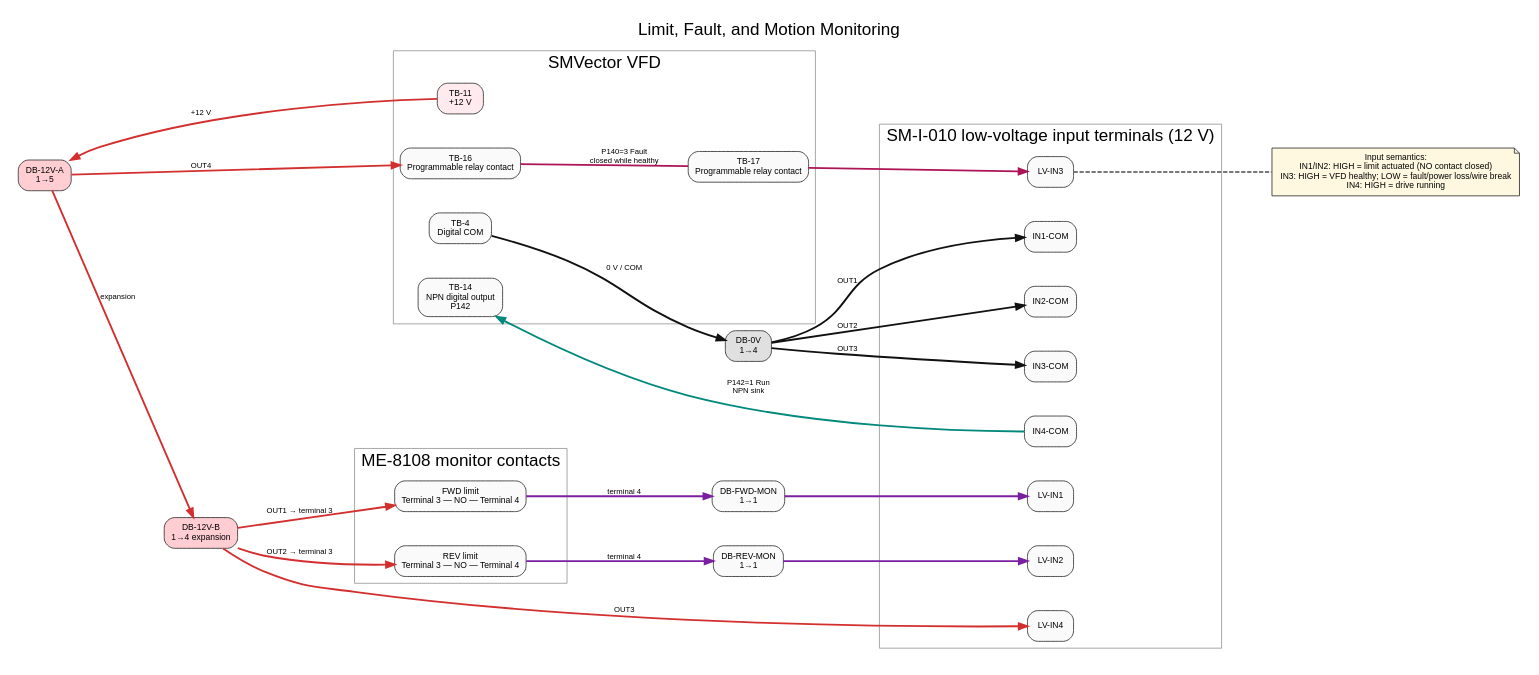
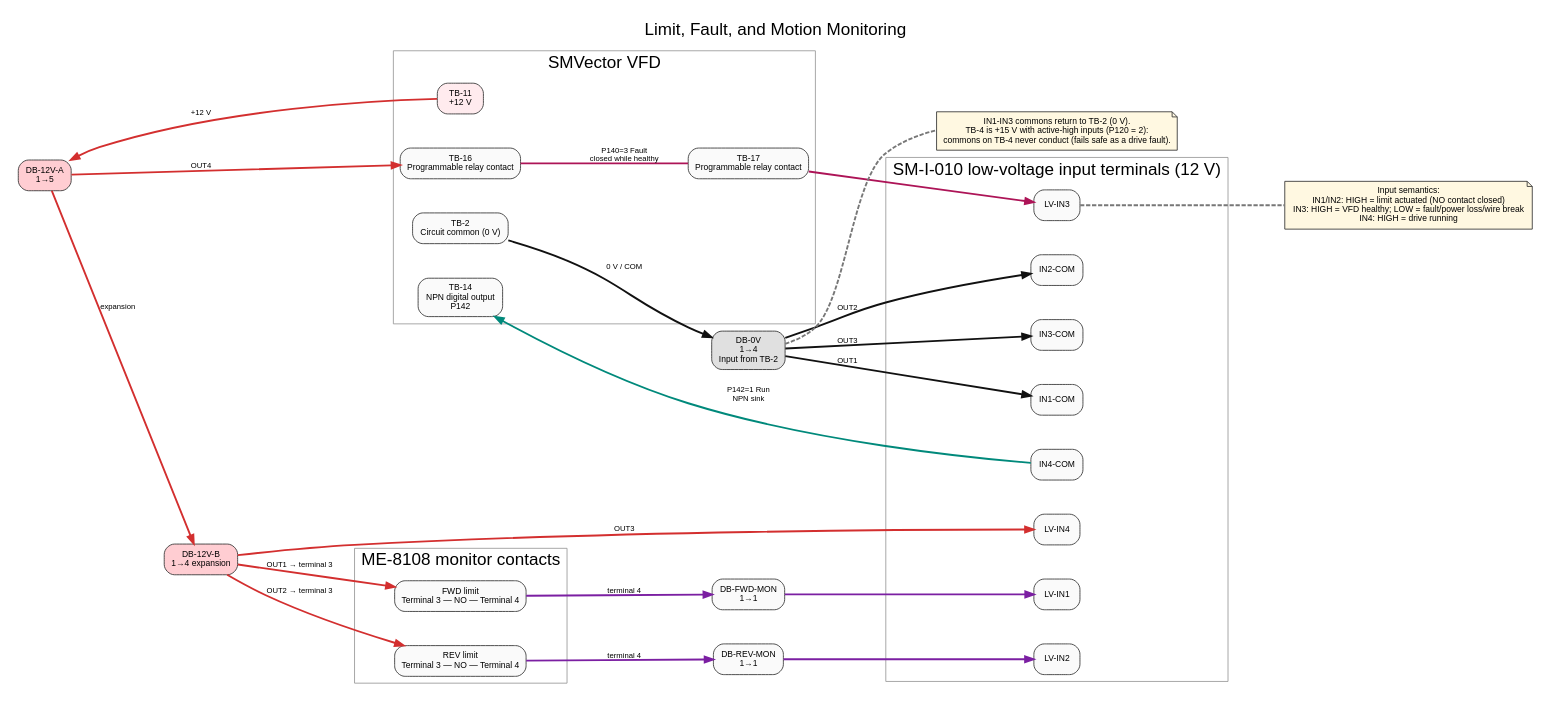
One commit to HualapaiValley/HVO.RoofController changed the diagram in docs/projects/roof-controller-v4-rpi/diagrams/03_monitoring.dot. Above: the diagram before and after it, drawn with Graphviz. The commit also changed 58 other files, not shown here.

```diff
--- a/docs/projects/roof-controller-v4-rpi/diagrams/03_monitoring.dot
+++ b/docs/projects/roof-controller-v4-rpi/diagrams/03_monitoring.dot
@@ -1,70 +1,74 @@
 
 digraph G {
   graph [rankdir=LR, bgcolor="white", pad="0.2", nodesep="0.55", ranksep="0.9",
          labelloc="t", label="Limit, Fault, and Motion Monitoring", fontsize=20, fontname="Arial"];
   node [shape=box, style="rounded,filled", fillcolor="#FAFAFA", color="#333333",
         fontname="Arial", fontsize=10, margin="0.13,0.08"];
   edge [fontname="Arial", fontsize=9, penwidth=2.2];
 
   subgraph cluster_vfd {
     label="SMVector VFD";
     color="#999999";
     TB11 [label="TB-11\n+12 V", fillcolor="#FFEBEE"];
-    TB4 [label="TB-4\nDigital COM"];
+    TB2 [label="TB-2\nCircuit common (0 V)"];
     TB14 [label="TB-14\nNPN digital output\nP142"];
     TB16 [label="TB-16\nProgrammable relay contact"];
     TB17 [label="TB-17\nProgrammable relay contact"];
   }
 
   DB12A [label="DB-12V-A\n1→5", fillcolor="#FFCDD2"];
   DB12B [label="DB-12V-B\n1→4 expansion", fillcolor="#FFCDD2"];
-  DB0 [label="DB-0V\n1→4", fillcolor="#E0E0E0"];
+  DB0 [label="DB-0V\n1→4\nInput from TB-2", fillcolor="#E0E0E0"];
   FJOIN [label="DB-FWD-MON\n1→1"];
   RJOIN [label="DB-REV-MON\n1→1"];
 
   subgraph cluster_limits {
     label="ME-8108 monitor contacts";
     color="#999999";
     L1NO [label="FWD limit\nTerminal 3 — NO — Terminal 4"];
     L2NO [label="REV limit\nTerminal 3 — NO — Terminal 4"];
   }
 
   subgraph cluster_inputs {
     label="SM-I-010 low-voltage input terminals (12 V)";
     color="#999999";
     LV1 [label="LV-IN1"];
     C1 [label="IN1-COM"];
     LV2 [label="LV-IN2"];
     C2 [label="IN2-COM"];
     LV3 [label="LV-IN3"];
     C3 [label="IN3-COM"];
     LV4 [label="LV-IN4"];
     C4 [label="IN4-COM"];
   }
 
   TB11 -> DB12A [color="#D32F2F", label="+12 V"];
   DB12A -> DB12B [color="#D32F2F", label="expansion"];
-  TB4 -> DB0 [color="#111111", label="0 V / COM"];
+  TB2 -> DB0 [color="#111111", label="0 V / COM"];
 
   DB12B -> L1NO [color="#D32F2F", label="OUT1 → terminal 3"];
   L1NO -> FJOIN [color="#7B1FA2", label="terminal 4"];
   FJOIN -> LV1 [color="#7B1FA2"];
   DB0 -> C1 [color="#111111", label="OUT1"];
 
   DB12B -> L2NO [color="#D32F2F", label="OUT2 → terminal 3"];
   L2NO -> RJOIN [color="#7B1FA2", label="terminal 4"];
   RJOIN -> LV2 [color="#7B1FA2"];
   DB0 -> C2 [color="#111111", label="OUT2"];
 
   DB12A -> TB16 [color="#D32F2F", label="OUT4"];
   TB16 -> TB17 [dir=none, color="#AD1457", label="P140=3 Fault\nclosed while healthy"];
   TB17 -> LV3 [color="#AD1457"];
   DB0 -> C3 [color="#111111", label="OUT3"];
 
   DB12B -> LV4 [color="#D32F2F", label="OUT3"];
   C4 -> TB14 [color="#00897B", label="P142=1 Run\nNPN sink"];
 
   note1 [shape=note, fillcolor="#FFF8E1",
          label="Input semantics:\nIN1/IN2: HIGH = limit actuated (NO contact closed)\nIN3: HIGH = VFD healthy; LOW = fault/power loss/wire break\nIN4: HIGH = drive running"];
   LV3 -> note1 [style=dashed, arrowhead=none, color="#777777"];
+
+  note2 [shape=note, fillcolor="#FFF8E1",
+         label="IN1-IN3 commons return to TB-2 (0 V).\nTB-4 is +15 V with active-high inputs (P120 = 2):\ncommons on TB-4 never conduct (fails safe as a drive fault)."];
+  DB0 -> note2 [style=dashed, arrowhead=none, color="#777777"];
 }
```
